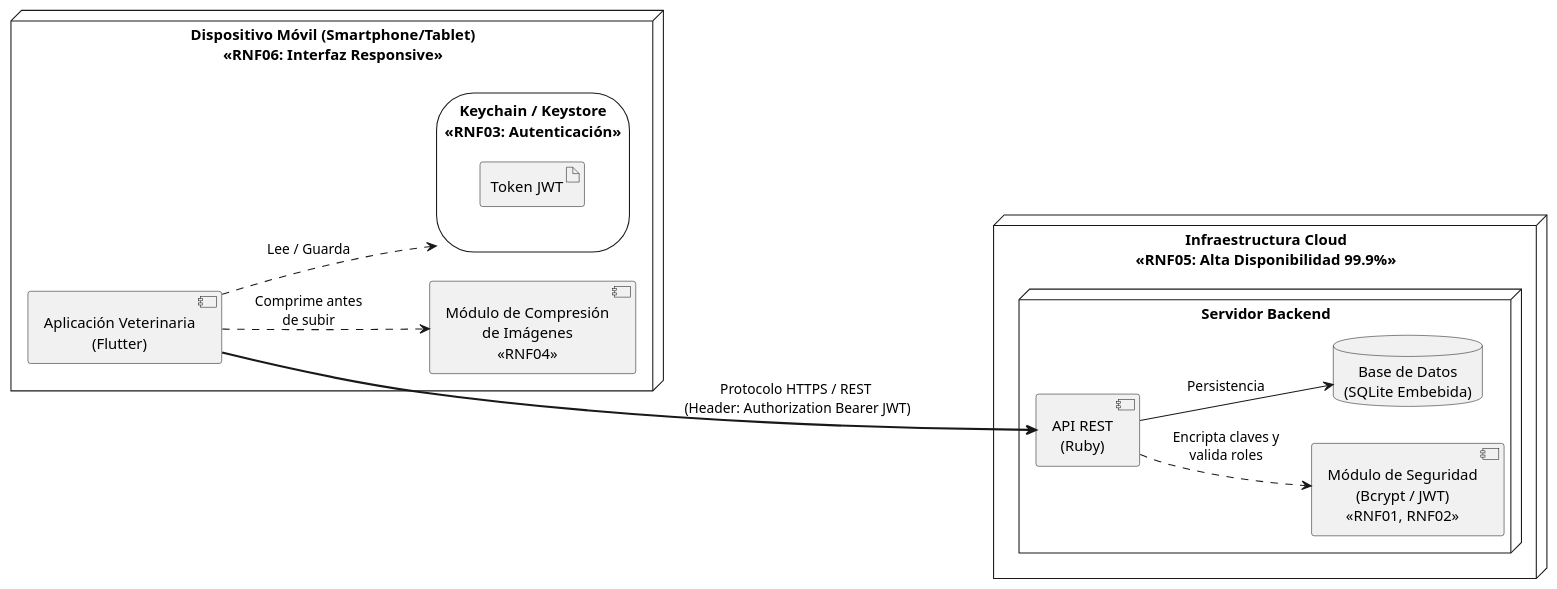
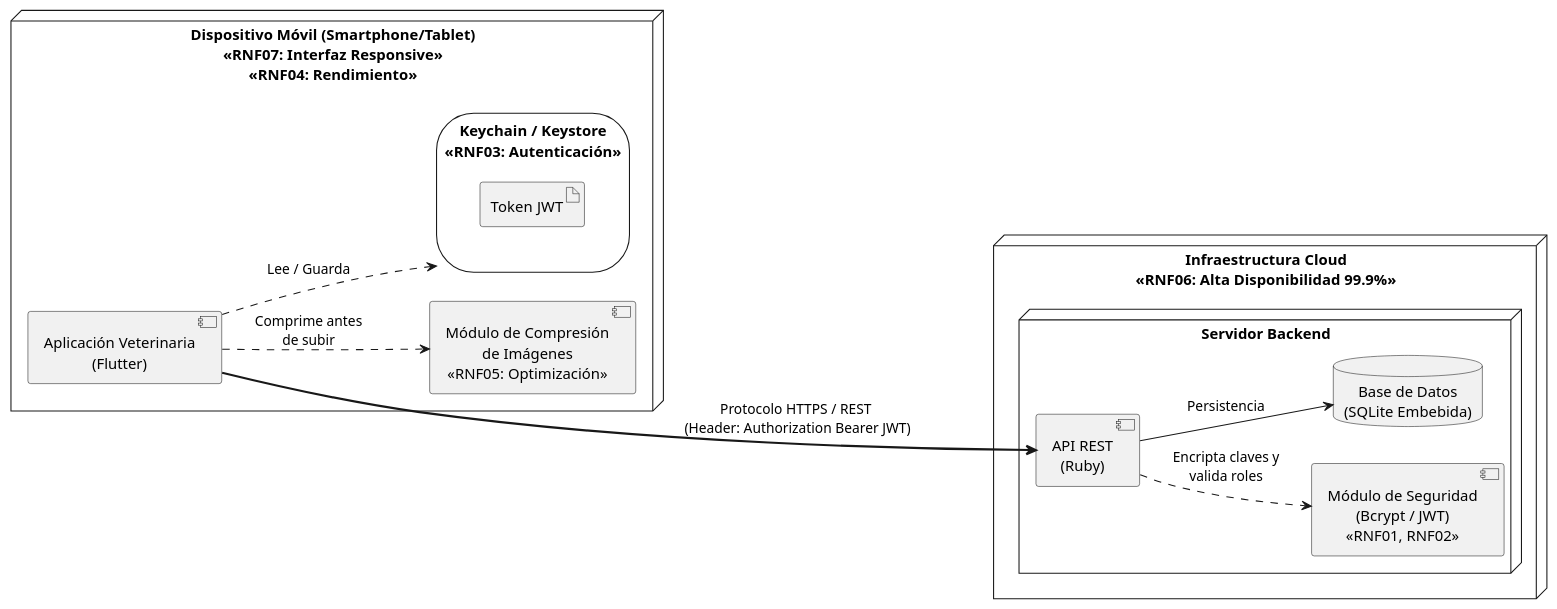
Before and after one commit to W1llpr0/prograMovil: the diagram in deployment_diagram.puml, drawn with PlantUML. The commit also changed 2 other files, not shown here.

Commit message:
update README.md and diagrams

```diff
--- a/deployment_diagram.puml
+++ b/deployment_diagram.puml
@@ -1,35 +1,35 @@
 @startuml
 left to right direction
 skinparam DefaultTextAlignment center
 
-node "Dispositivo Móvil (Smartphone/Tablet)\n<<RNF06: Interfaz Responsive>>" as Mobile {
+node "Dispositivo Móvil (Smartphone/Tablet)\n<<RNF07: Interfaz Responsive>>\n<<RNF04: Rendimiento>>" as Mobile {
     
     component "Aplicación Veterinaria\n(Flutter)" as AppFlutter
     
-    component "Módulo de Compresión\nde Imágenes\n<<RNF04>>" as Compressor
+    component "Módulo de Compresión\nde Imágenes\n<<RNF05: Optimización>>" as Compressor
     
     storage "Keychain / Keystore\n<<RNF03: Autenticación>>" as Keystore {
         artifact "Token JWT" as JWT
     }
 
     AppFlutter ..> Compressor : "Comprime antes\nde subir"
     AppFlutter ..> Keystore : "Lee / Guarda"
 }
 
-node "Infraestructura Cloud\n<<RNF05: Alta Disponibilidad 99.9%>>" as Cloud {
+node "Infraestructura Cloud\n<<RNF06: Alta Disponibilidad 99.9%>>" as Cloud {
     
     node "Servidor Backend" as Server {
         component "API REST\n(Ruby)" as API
         
         component "Módulo de Seguridad\n(Bcrypt / JWT)\n<<RNF01, RNF02>>" as Security
         
         database "Base de Datos\n(SQLite Embebida)" as DB
         
         API ..> Security : "Encripta claves y\nvalida roles"
         API --> DB : "Persistencia"
     }
 }
 
 AppFlutter ====> API : " Protocolo HTTPS / REST \n (Header: Authorization Bearer JWT)"
 
 @enduml
```
